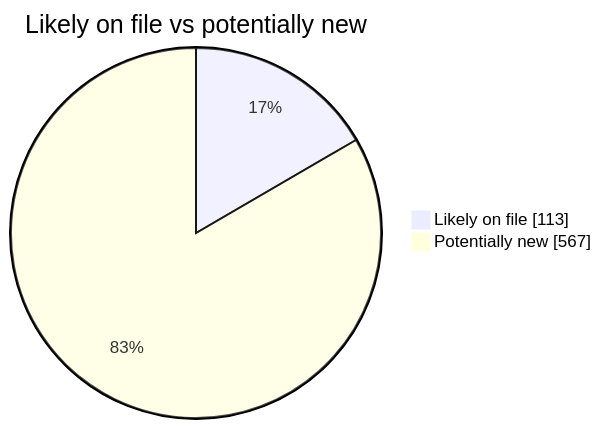
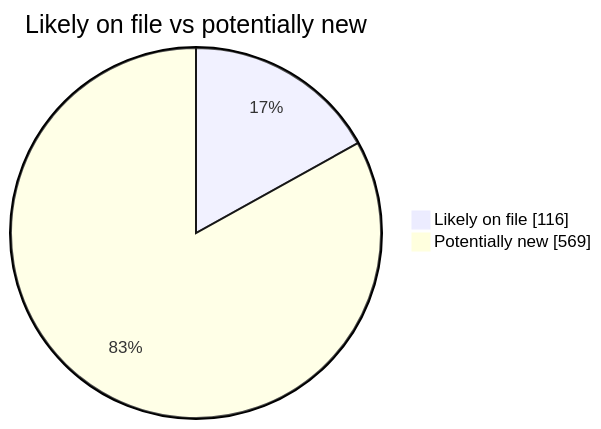
The second of 4 diagrams in README.md (martinbalfanz/social-scanner-reports), drawn with Mermaid before and after one commit. The commit also changed other lines of this file and 4 other files, not shown here.

````diff
--- a/README.md
+++ b/README.md
@@ -40,5 +40,5 @@
 ```mermaid
 pie showData title Likely on file vs potentially new
-    "Likely on file" : 113
-    "Potentially new" : 567
+    "Likely on file" : 116
+    "Potentially new" : 569
 ```
````
